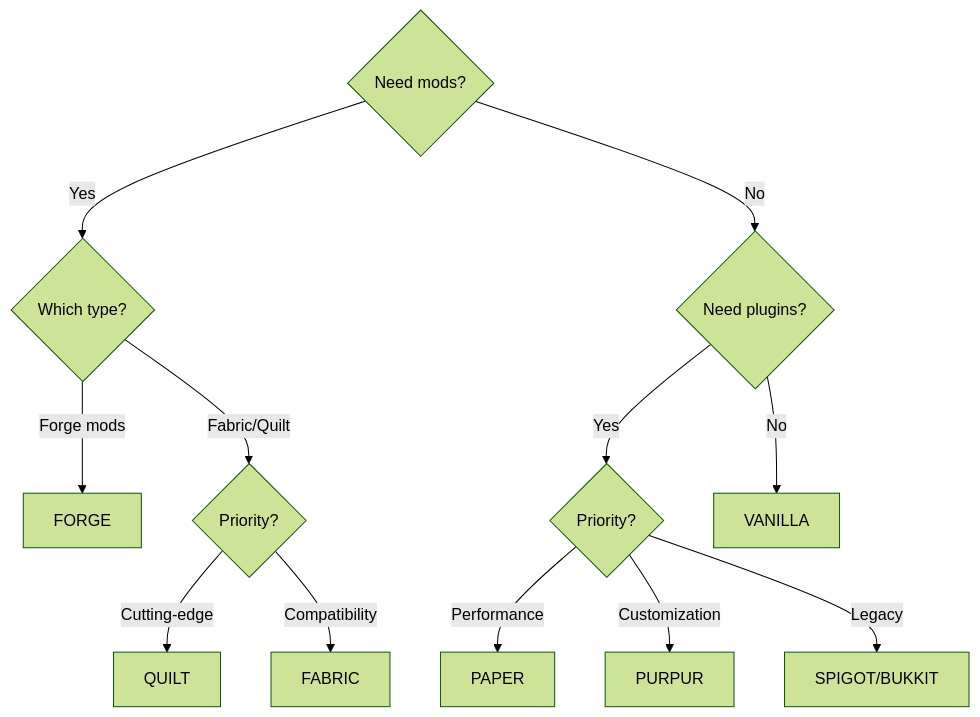
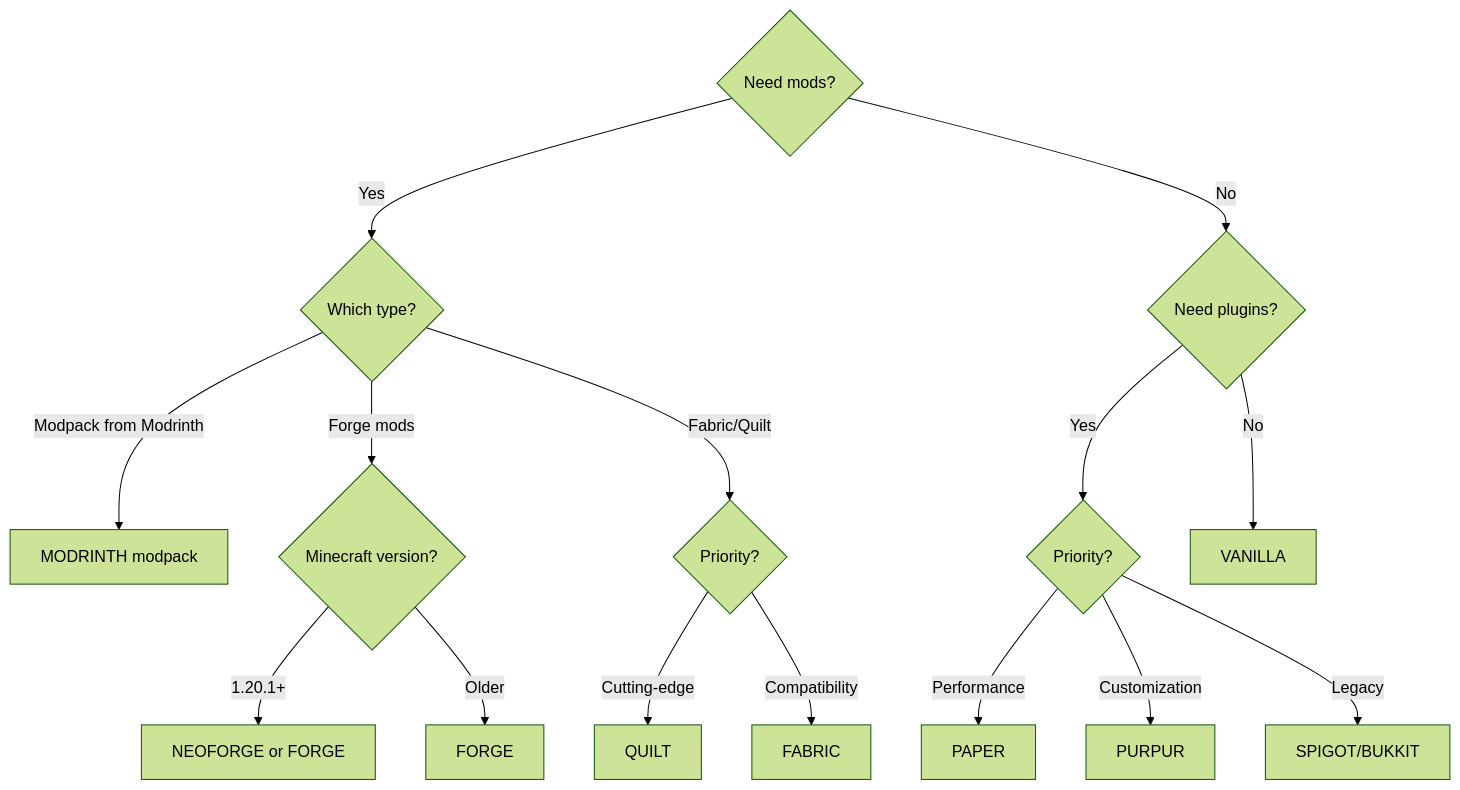
Before and after one commit to smallmiro/minecraft-server-manager: the diagram in docs/configuration/server-types.md, drawn with Mermaid (forest theme). The commit also changed other lines of this file and 11 other files, not shown here.

First line of the commit message:
docs: sync documentation for v1.14.0 NeoForge and MODRINTH modpack features

````diff
--- a/docs/configuration/server-types.md
+++ b/docs/configuration/server-types.md
@@ -349,17 +447,20 @@
 ```mermaid
 flowchart TD
     A{Need mods?} -->|Yes| B{Which type?}
     A -->|No| C{Need plugins?}
 
-    B -->|Forge mods| D[FORGE]
+    B -->|Modpack from Modrinth| M[MODRINTH modpack]
+    B -->|Forge mods| D{Minecraft version?}
+    D -->|1.20.1+| N[NEOFORGE or FORGE]
+    D -->|Older| O[FORGE]
     B -->|Fabric/Quilt| E{Priority?}
     E -->|Cutting-edge| F[QUILT]
     E -->|Compatibility| G[FABRIC]
 
     C -->|Yes| H{Priority?}
     C -->|No| I[VANILLA]
 
     H -->|Performance| J[PAPER]
     H -->|Customization| K[PURPUR]
     H -->|Legacy| L[SPIGOT/BUKKIT]
 ```
````
